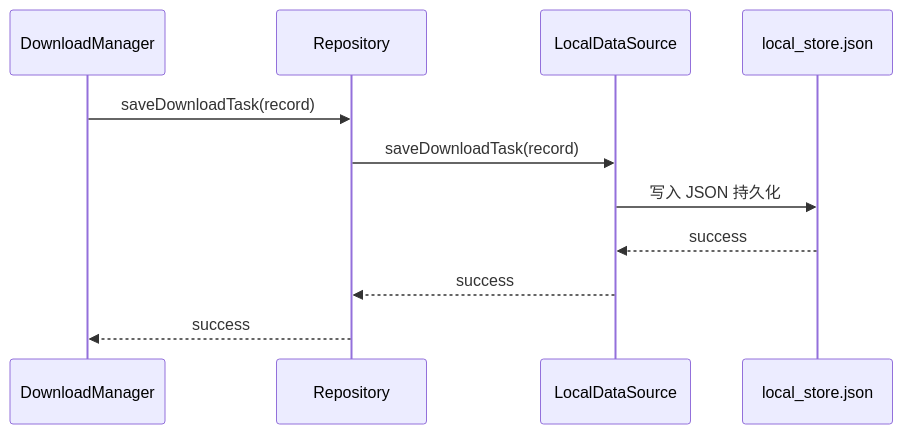
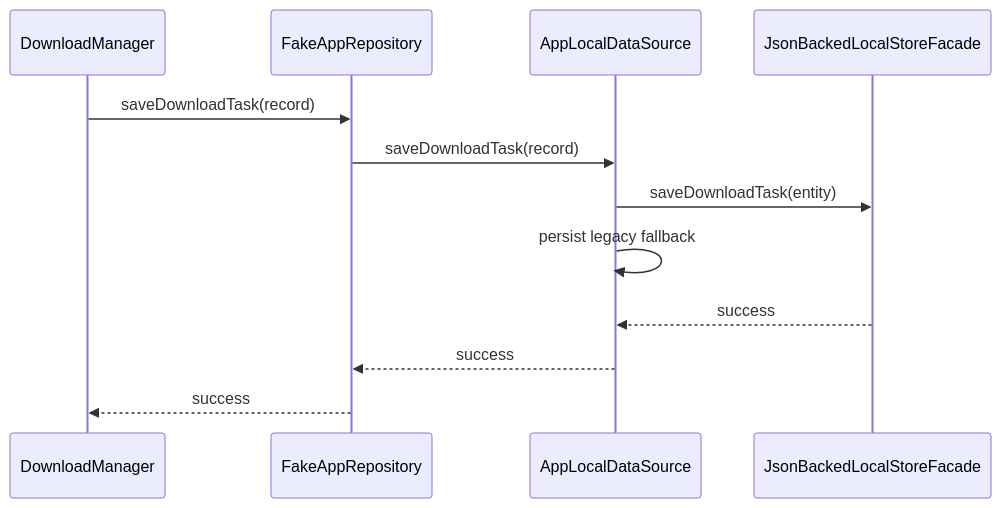
Before and after one commit to XZQ/CarAppStore: the third of 4 diagrams in docs/15-Repository架构与流程.md, drawn with Mermaid. The commit also changed other lines of this file and 35 other files, not shown here.

Commit message:
docs: reorganize architecture docs and handoff guide

````diff
--- a/docs/15-Repository架构与流程.md
+++ b/docs/15-Repository架构与流程.md
@@ -78,14 +103,15 @@
 ```mermaid
 sequenceDiagram
 participant DM as DownloadManager
-participant REPO as Repository
-participant LOCAL as LocalDataSource
-participant STORE as local_store.json
+participant REPO as FakeAppRepository
+participant LOCAL as AppLocalDataSource
+participant FACADE as JsonBackedLocalStoreFacade
 
 DM->>REPO: saveDownloadTask(record)
 REPO->>LOCAL: saveDownloadTask(record)
-LOCAL->>STORE: 写入 JSON 持久化
-STORE-->>LOCAL: success
+LOCAL->>FACADE: saveDownloadTask(entity)
+LOCAL->>LOCAL: persist legacy fallback
+FACADE-->>LOCAL: success
 LOCAL-->>REPO: success
 REPO-->>DM: success
 ```
````
